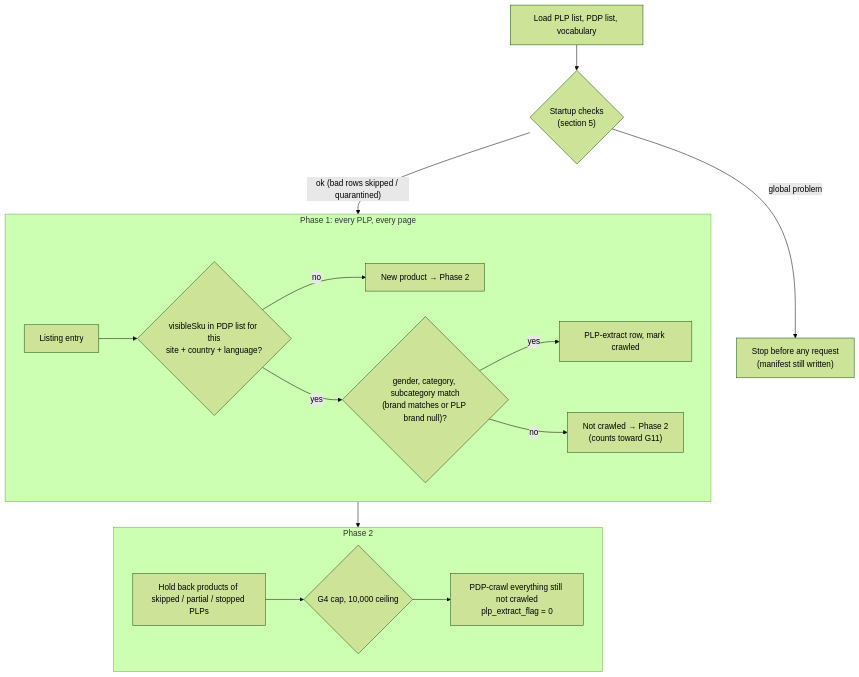
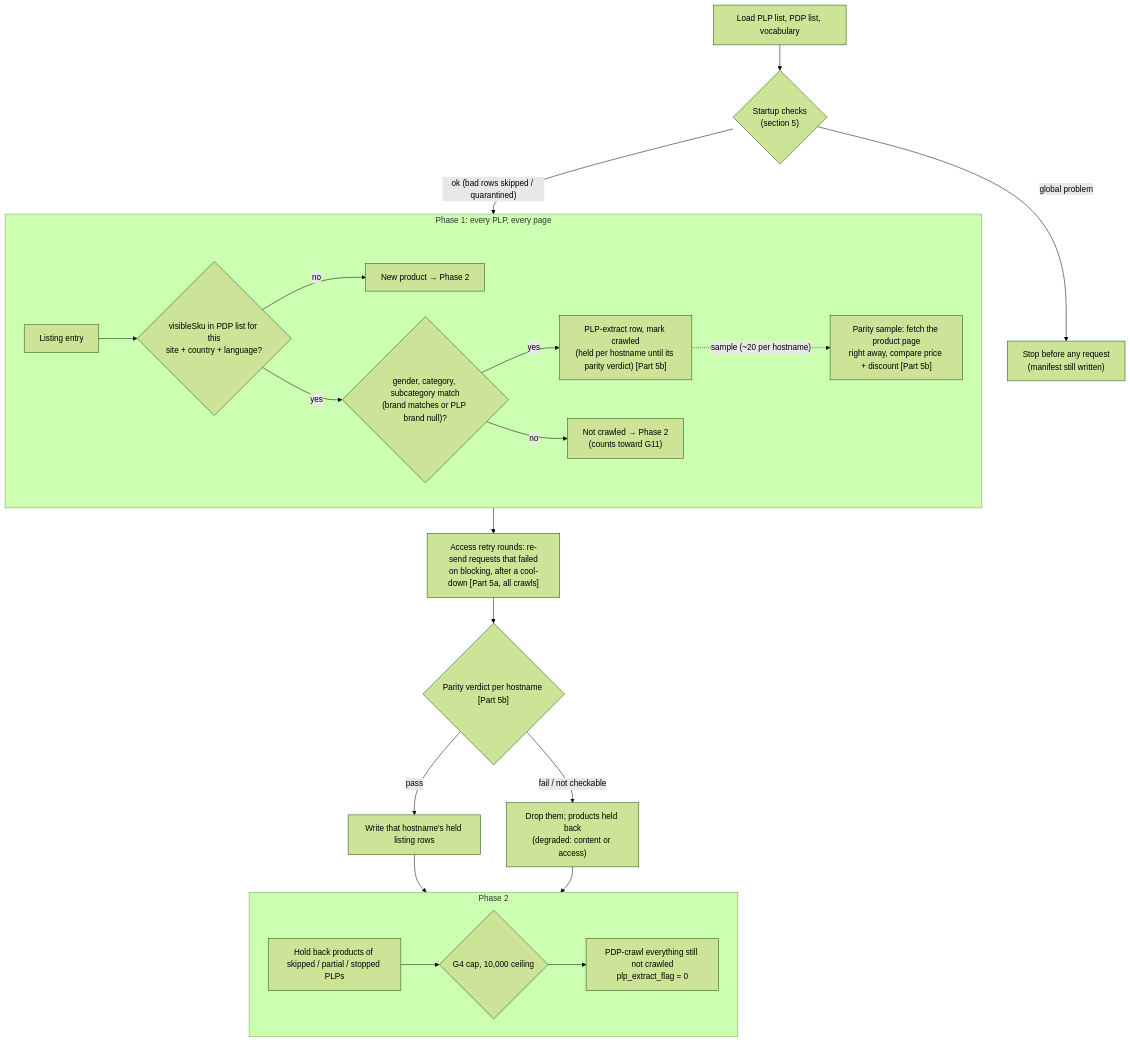
The diagram in docs/ounass_plp_efficient_crawl.md (tareklel/ecommerce-scraper), drawn with Mermaid (forest theme) before and after one commit. The commit also changed other lines of this file and 2 other files, not shown here.

First line of the commit message:
docs: record PLP-efficient Part 5 design (access layer + parity)

````diff
--- a/docs/ounass_plp_efficient_crawl.md
+++ b/docs/ounass_plp_efficient_crawl.md
@@ -114,21 +114,27 @@
 ```mermaid
 flowchart TD
     inputs["Load PLP list, PDP list, vocabulary"] --> checks{"Startup checks<br/>(section 5)"}
     checks -- "global problem" --> stop["Stop before any request<br/>(manifest still written)"]
     checks -- "ok (bad rows skipped / quarantined)" --> p1
 
     subgraph p1 ["Phase 1: every PLP, every page"]
         hit["Listing entry"] --> known{"visibleSku in PDP list for this<br/>site + country + language?"}
         known -- no --> new["New product → Phase 2"]
         known -- yes --> fields{"gender, category, subcategory match<br/>(brand matches or PLP brand null)?"}
-        fields -- yes --> row["PLP-extract row, mark crawled"]
+        fields -- yes --> row["PLP-extract row, mark crawled<br/>(held per hostname until its parity verdict) [Part 5b]"]
         fields -- no --> mismatch["Not crawled → Phase 2<br/>(counts toward G11)"]
+        row -. "sample (~20 per hostname)" .-> parity["Parity sample: fetch the product page<br/>right away, compare price + discount [Part 5b]"]
     end
 
-    p1 --> p2
+    p1 --> retry["Access retry rounds: re-send requests that failed<br/>on blocking, after a cool-down [Part 5a, all crawls]"]
+    retry --> verdict{"Parity verdict per hostname [Part 5b]"}
+    verdict -- "pass" --> release["Write that hostname's held listing rows"]
+    verdict -- "fail / not checkable" --> drop["Drop them; products held back<br/>(degraded: content or access)"]
+    release --> p2
+    drop --> p2
 
     subgraph p2 ["Phase 2"]
         hold["Hold back products of skipped / partial / stopped PLPs"] --> caps{"G4 cap, 10,000 ceiling"}
         caps --> crawl["PDP-crawl everything still not crawled<br/>plp_extract_flag = 0"]
     end
 ```
````
